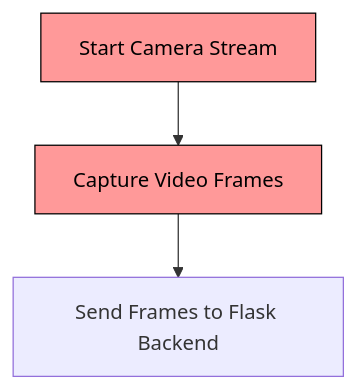
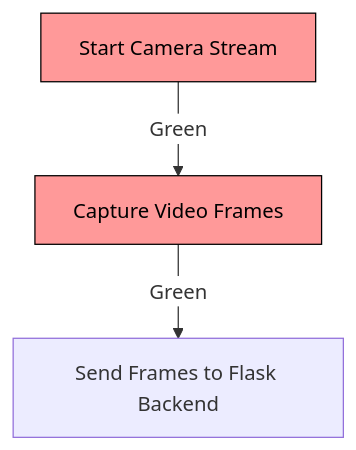
One commit to Tharun-selladurai/face_liveliness_web_platform changed the first of 6 diagrams in README.md. Above: the diagram before and after it, drawn with Mermaid. The commit also changed other lines of this file, not shown here.

````diff
--- a/README.md
+++ b/README.md
@@ -62,9 +62,9 @@
 ```mermaid
 %%{init: {'theme': 'default', 'themeVariables': {'edgeLabelBackground':'#ffffff', 'tertiaryColor':'#ffffff'}}}%%
 graph TD;
-    A[Start Camera Stream] --> B[Capture Video Frames]
-    B --> C[Send Frames to Flask Backend]
+    A[Start Camera Stream] -->|Green| B[Capture Video Frames]
+    B -->|Green| C[Send Frames to Flask Backend]
     
     classDef capture fill:#ff9999,stroke:#000000,color:#000000;
     class A,B capture;
 ```
````
